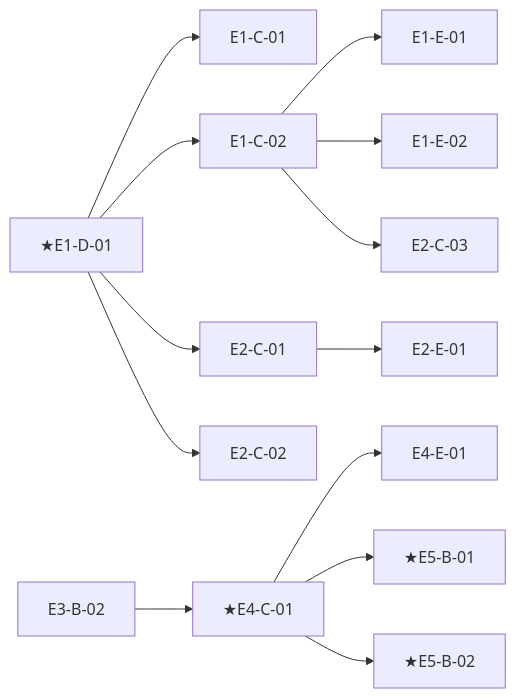
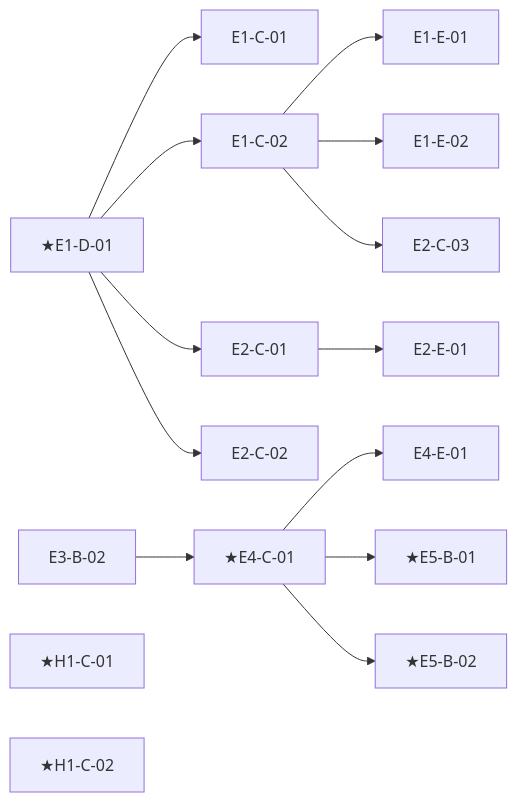
Before and after one commit to masa-san-jp/jp-k12-digital-ai-textbook: the third of 6 diagrams in docs/traceability.md, drawn with Mermaid. The commit also changed other lines of this file and 1 other file, not shown here.

````diff
--- a/docs/traceability.md
+++ b/docs/traceability.md
@@ -219,29 +231,31 @@
 ```mermaid
 graph LR
   E1_C_01["E1-C-01"]
   E1_C_02["E1-C-02"]
   E1_D_01["★E1-D-01"]
   E1_E_01["E1-E-01"]
   E1_E_02["E1-E-02"]
   E2_C_01["E2-C-01"]
   E2_C_02["E2-C-02"]
   E2_C_03["E2-C-03"]
   E2_E_01["E2-E-01"]
   E3_B_02["E3-B-02"]
   E4_C_01["★E4-C-01"]
   E4_E_01["E4-E-01"]
   E5_B_01["★E5-B-01"]
   E5_B_02["★E5-B-02"]
+  H1_C_01["★H1-C-01"]
+  H1_C_02["★H1-C-02"]
   E1_C_02 --> E1_E_01
   E1_C_02 --> E1_E_02
   E1_C_02 --> E2_C_03
   E1_D_01 --> E1_C_01
   E1_D_01 --> E1_C_02
   E1_D_01 --> E2_C_01
   E1_D_01 --> E2_C_02
   E2_C_01 --> E2_E_01
   E3_B_02 --> E4_C_01
   E4_C_01 --> E4_E_01
   E4_C_01 --> E5_B_01
   E4_C_01 --> E5_B_02
 ```
````
